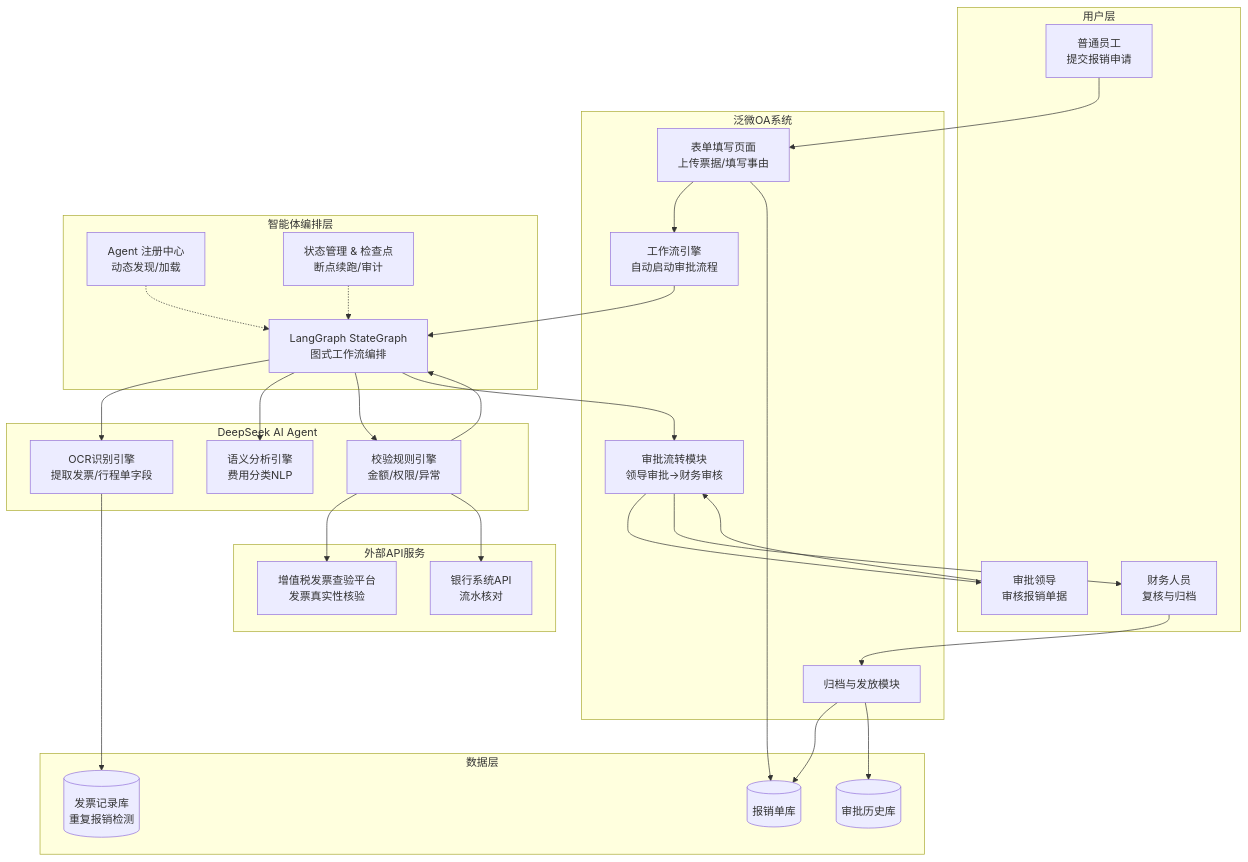
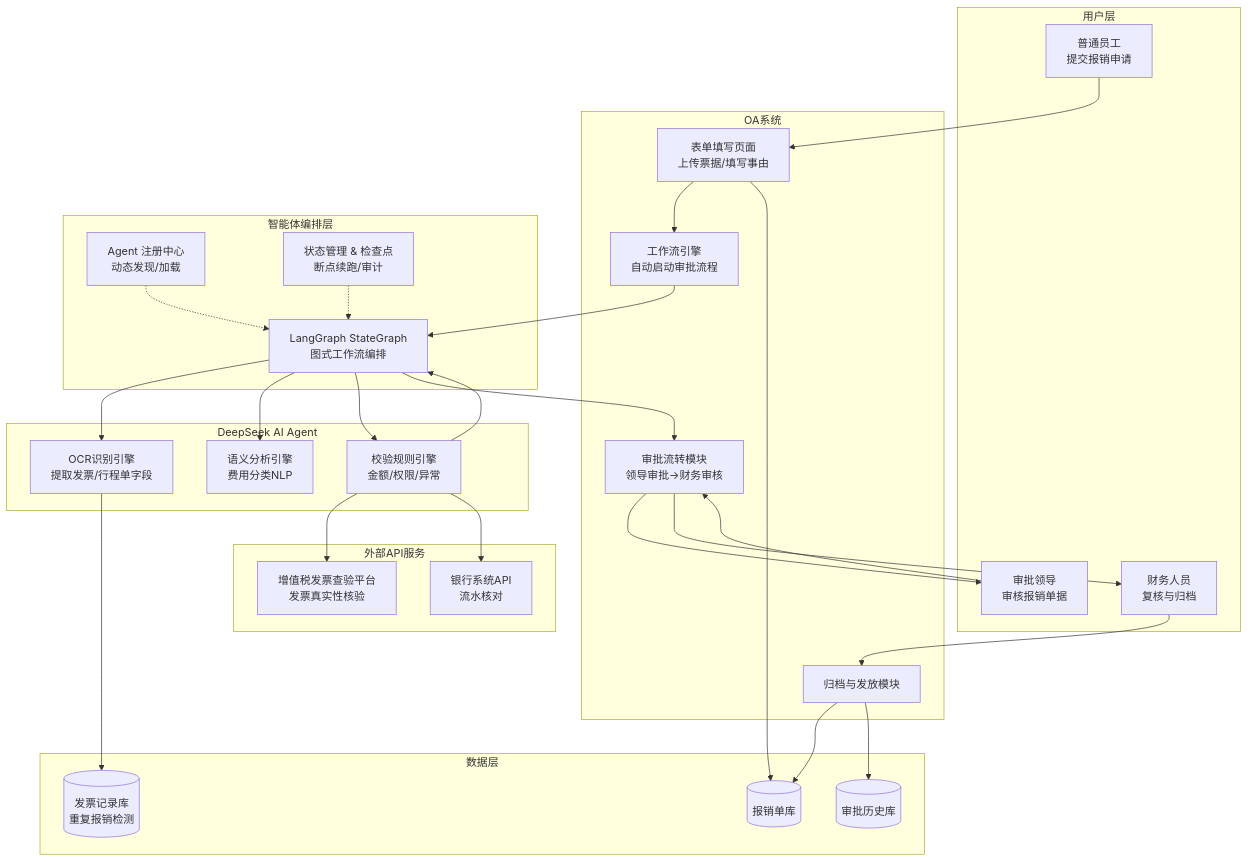
The first of 5 diagrams in docs/design.md (nickluo2026/OA-Reimbursement-AIAgent), drawn with Mermaid before and after one commit.

````diff
--- a/docs/design.md
+++ b/docs/design.md
@@ -15,59 +15,59 @@
 ```mermaid
 graph TB
     subgraph 用户层
         A1[普通员工<br/>提交报销申请]
         A2[审批领导<br/>审核报销单据]
         A3[财务人员<br/>复核与归档]
     end
 
-    subgraph 泛微OA系统
+    subgraph OA系统
         B1[表单填写页面<br/>上传票据/填写事由]
         B2[工作流引擎<br/>自动启动审批流程]
         B3[审批流转模块<br/>领导审批→财务审核]
         B4[归档与发放模块]
     end
 
     subgraph 智能体编排层
         O1[LangGraph StateGraph<br/>图式工作流编排]
         O2[Agent 注册中心<br/>动态发现/加载]
         O3[状态管理 & 检查点<br/>断点续跑/审计]
     end
 
     subgraph DeepSeek AI Agent
         C1[OCR识别引擎<br/>提取发票/行程单字段]
         C2[语义分析引擎<br/>费用分类NLP]
         C3[校验规则引擎<br/>金额/权限/异常]
     end
 
     subgraph 外部API服务
         D1[增值税发票查验平台<br/>发票真实性核验]
         D2[银行系统API<br/>流水核对]
     end
 
     subgraph 数据层
         E1[(报销单库)]
         E2[(发票记录库<br/>重复报销检测)]
         E3[(审批历史库)]
     end
 
     A1 --> B1
     B1 --> B2
     B2 --> O1
     O1 --> C1
     O1 --> C2
     O1 --> C3
     O2 -.-> O1
     O3 -.-> O1
     C3 --> D1
     C3 --> D2
     C3 --> O1
     O1 --> B3
     B3 --> A2
     A2 --> B3
     B3 --> A3
     A3 --> B4
     B4 --> E1
     B4 --> E3
     C1 --> E2
     B1 --> E1
 ```
````
